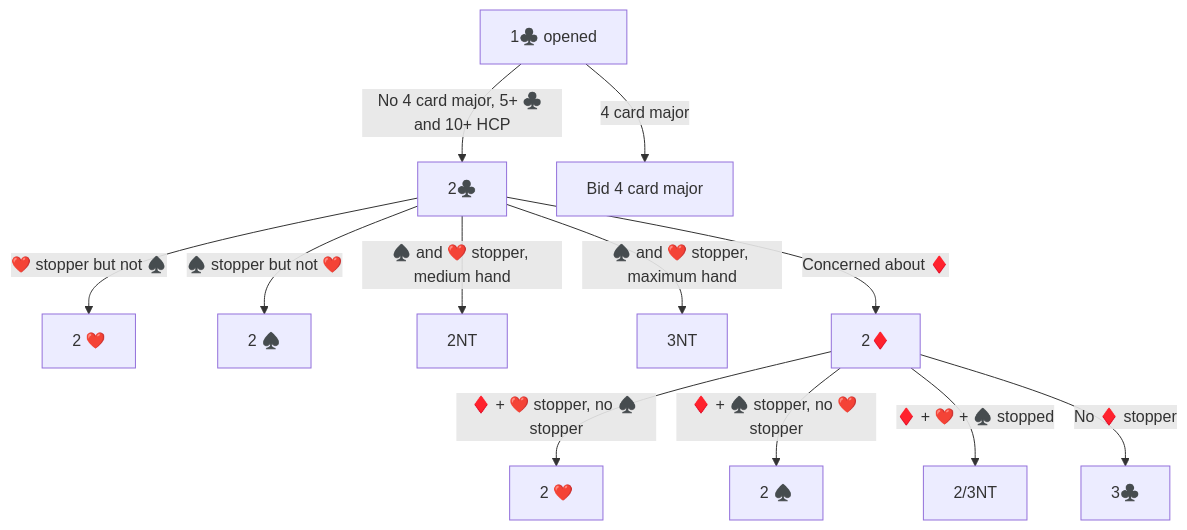
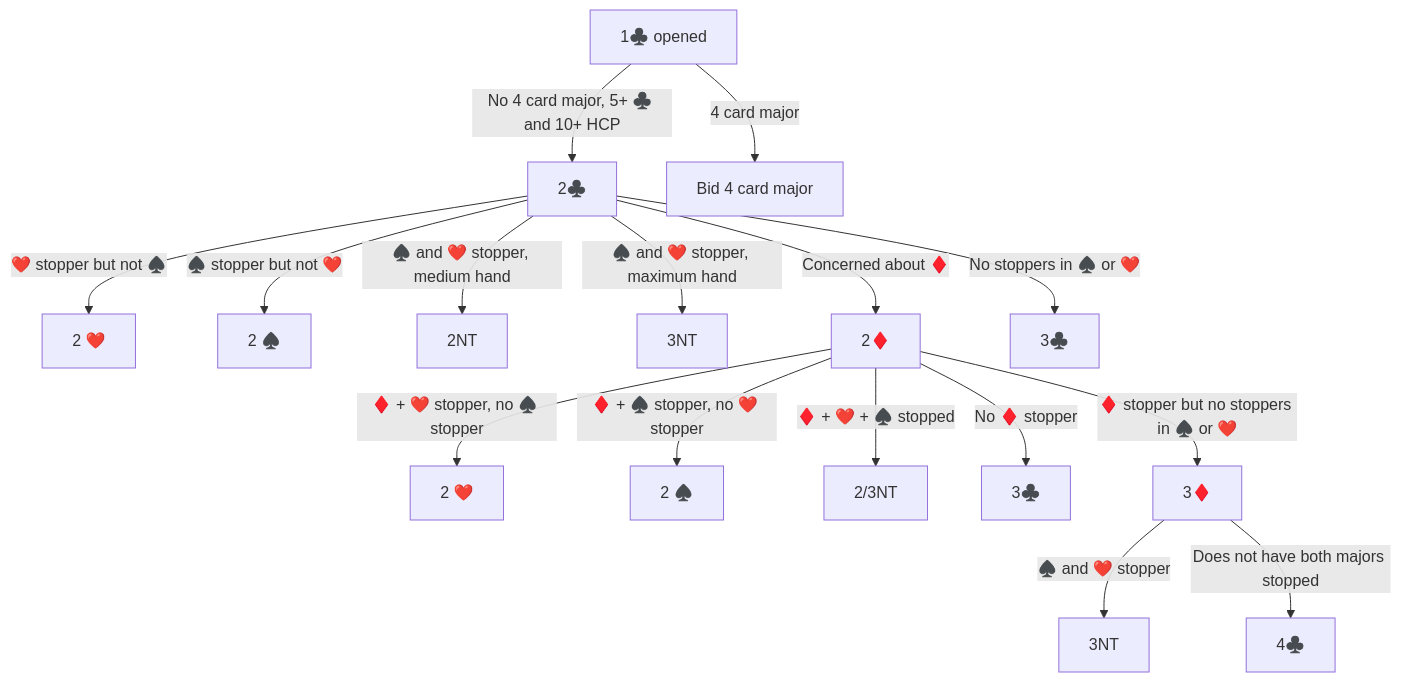
The first of 3 diagrams in InvertedMinors.md (stephen-vakil/BridgeConventions), drawn with Mermaid before and after one commit. The commit also changed other lines of this file, not shown here.

Commit message:
WIP - stopper system comparison

````diff
--- a/InvertedMinors.md
+++ b/InvertedMinors.md
@@ -9,21 +9,26 @@
 ```mermaid
 graph TD
 
 %% Definitions
     OpenMinor["1♣️ opened"]
     InvertedMinor["2♣️"]
 %% Bidding flow
     OpenMinor -->|"No 4 card major, 5+ ♣️ and 10+ HCP"| InvertedMinor
     OpenMinor -->|4 card major| Bid4cardMajor[Bid 4 card major]
 
     InvertedMinor -->|❤️ stopper but not ♠️| Inverted2H[2 ❤️]
     InvertedMinor -->|♠️ stopper but not ❤️| Inverted2S[2 ♠️]
     InvertedMinor -->|♠️ and ❤️ stopper, medium hand| Inverted2NT[2NT]
     InvertedMinor -->|♠️ and ❤️ stopper, maximum hand| Inverted3NT[3NT]
     InvertedMinor -->|Concerned about ♦️| InvertedOtherMinor["2♦️"]
+    InvertedMinor -->|No stoppers in ♠️ or ❤️| InvertedRebid[3♣️]
 
     InvertedOtherMinor -->|♦️ + ❤️ stopper, no ♠️ stopper| InvertedOtherMinor2H[2 ❤️]
     InvertedOtherMinor -->|♦️ + ♠️ stopper, no ❤️ stopper| InvertedOtherMinor2S[2 ♠️]
     InvertedOtherMinor -->|♦️ + ❤️ + ♠️ stopped| InvertedOtherMinor2N[2/3NT]
-    InvertedOtherMinor -->|No ♦️ stopper| InvertedOtherMinorNoOtherMinor[3♣️]
+    InvertedOtherMinor -->|No ♦️ stopper | InvertedOtherMinorNoOtherMinor[3♣️]
+    InvertedOtherMinor -->|♦️ stopper but no stoppers in ♠️ or ❤️| InvertedOtherMinorYesButNoMajorStopper[3♦️]
+
+    InvertedOtherMinorYesButNoMajorStopper -->|♠️ and ❤️ stopper| InvertedOtherMinorYesButNoMajorStopper3NT[3NT]
+    InvertedOtherMinorYesButNoMajorStopper -->|Does not have both majors stopped| InvertedOtherMinorYesButNoMajorStopper4C[4♣️]
 ```
````
